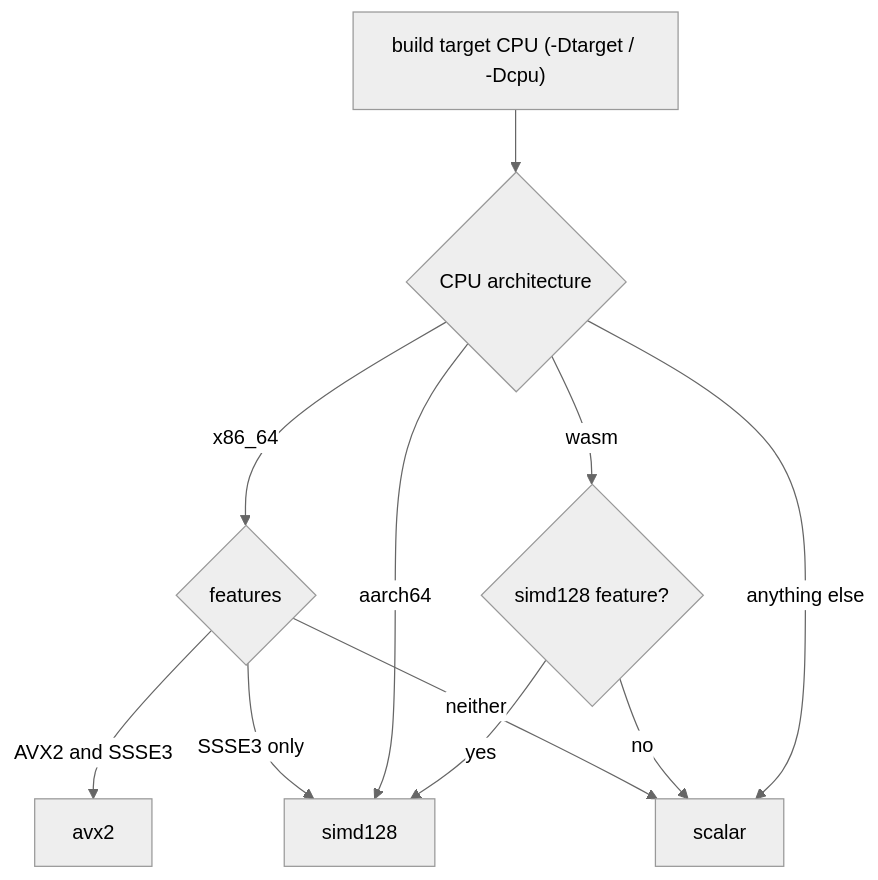
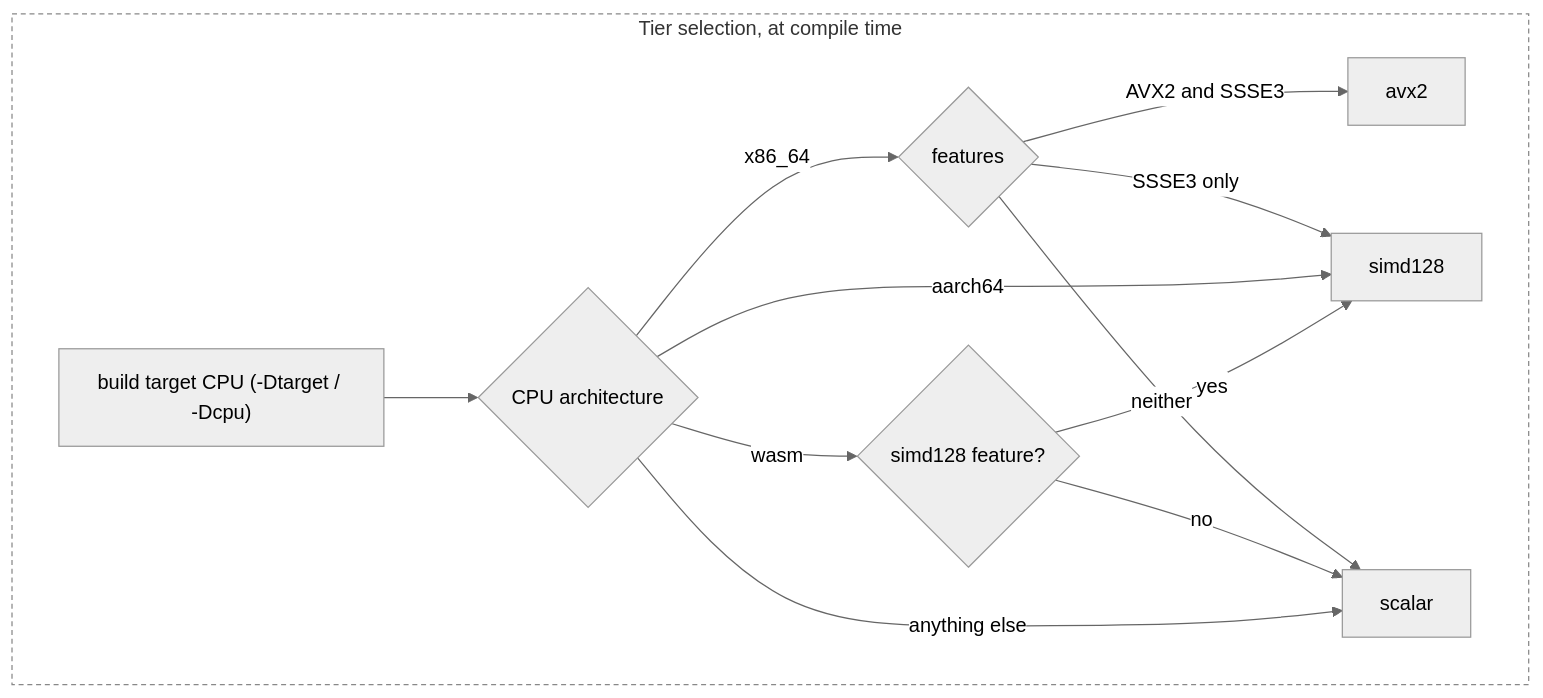
One commit to Kbgjtn/base64 changed the first of 3 diagrams in README.md. Above: the diagram before and after it, drawn with Mermaid (neutral theme). The commit also changed other lines of this file, not shown here.

Commit message:
docs: dashed outline on tier and decoder diagrams

````diff
--- a/README.md
+++ b/README.md
@@ -138,13 +138,17 @@
 ```mermaid
 flowchart TB
-    tgt["build target CPU (-Dtarget / -Dcpu)"] --> arch{"CPU architecture"}
-    arch -- "x86_64" --> f{"features"}
-    f -- "AVX2 and SSSE3" --> avx2["avx2"]
-    f -- "SSSE3 only" --> s128["simd128"]
-    f -- "neither" --> sc["scalar"]
-    arch -- "aarch64" --> s128
-    arch -- "wasm" --> w{"simd128 feature?"}
-    w -- yes --> s128
-    w -- no --> sc
-    arch -- "anything else" --> sc
+    subgraph tier["Tier selection, at compile time"]
+        tgt["build target CPU (-Dtarget / -Dcpu)"] --> arch{"CPU architecture"}
+        arch -- "x86_64" --> f{"features"}
+        f -- "AVX2 and SSSE3" --> avx2["avx2"]
+        f -- "SSSE3 only" --> s128["simd128"]
+        f -- "neither" --> sc["scalar"]
+        arch -- "aarch64" --> s128
+        arch -- "wasm" --> w{"simd128 feature?"}
+        w -- yes --> s128
+        w -- no --> sc
+        arch -- "anything else" --> sc
+    end
+
+    style tier fill:none,stroke:#888,stroke-dasharray:4 3
 ```
````
